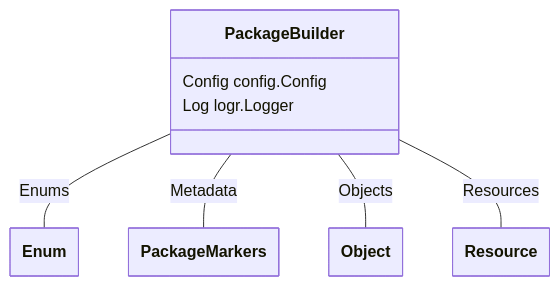
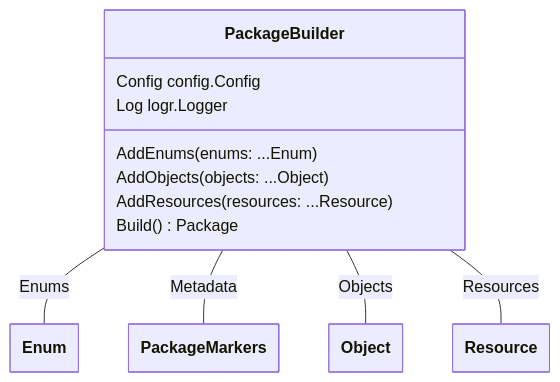
The ninth of 17 diagrams in docs/model/model.md (theunrepentantgeek/crddoc), drawn with Mermaid before and after one commit. The commit also changed other lines of this file, not shown here.

````diff
--- a/docs/model/model.md
+++ b/docs/model/model.md
@@ -331,27 +515,31 @@
 ```mermaid
 ---
   config:
     class:
       hideEmptyMembersBox: true
 ---
 classDiagram
 
 class PackageBuilder["PackageBuilder"]{  
       Config config.Config  
-      Log logr.Logger
+      Log logr.Logger  
+      AddEnums(enums: ...Enum)  
+      AddObjects(objects: ...Object)  
+      AddResources(resources: ...Resource)  
+      Build()Package
 
 
 } 
 
 
 PackageBuilder -- Enum : Enums 
 PackageBuilder -- PackageMarkers : Metadata 
 PackageBuilder -- Object : Objects 
 PackageBuilder -- Resource : Resources 
 
 class Enum["Enum"]
 class PackageMarkers["PackageMarkers"]
 class Object["Object"]
 class Resource["Resource"]
 
 ```
````
